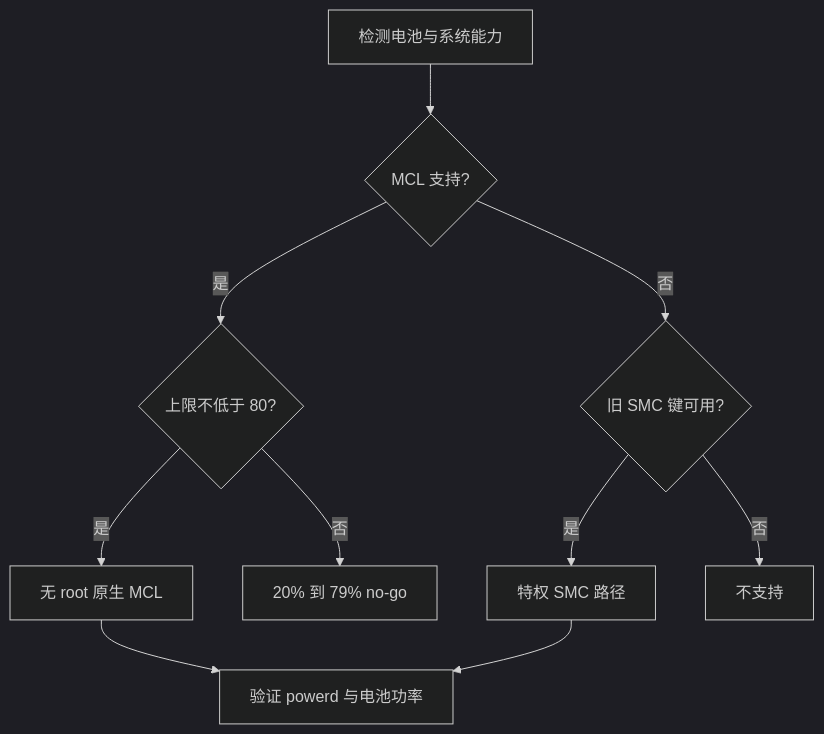
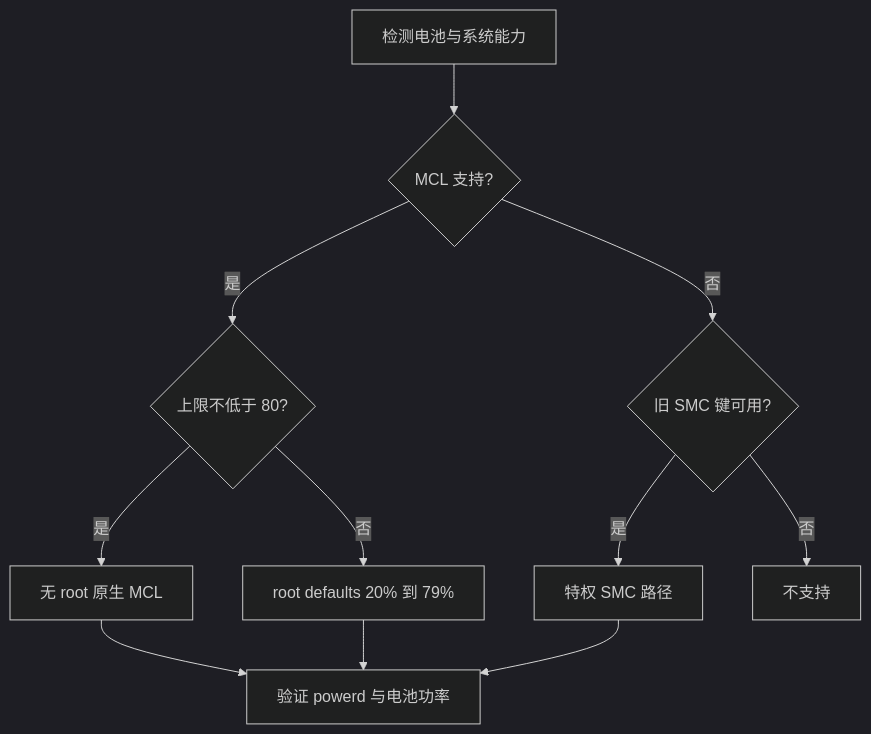
One commit to wyz541/kmp-Covio changed the diagram in docs/research/battery-charge-control/README.md. Above: the diagram before and after it, drawn with Mermaid (dark theme). The commit also changed other lines of this file and 14 other files, not shown here.

````diff
--- a/docs/research/battery-charge-control/README.md
+++ b/docs/research/battery-charge-control/README.md
@@ -56,12 +56,13 @@
 ```mermaid
 flowchart TD
   A[检测电池与系统能力] --> B{MCL 支持?}
   B -->|是| C{上限不低于 80?}
   C -->|是| D[无 root 原生 MCL]
-  C -->|否| E[20% 到 79% no-go]
+  C -->|否| E[root defaults 20% 到 79%]
   B -->|否| F{旧 SMC 键可用?}
   F -->|是| G[特权 SMC 路径]
   F -->|否| H[不支持]
   D --> I[验证 powerd 与电池功率]
+  E --> I
   G --> I
 ```
````
